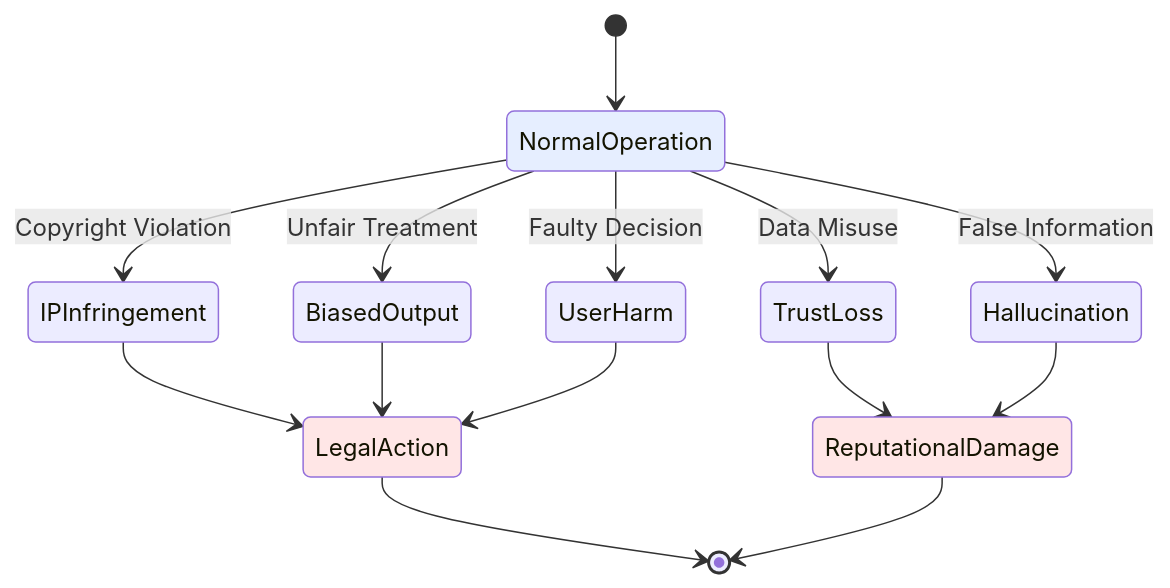
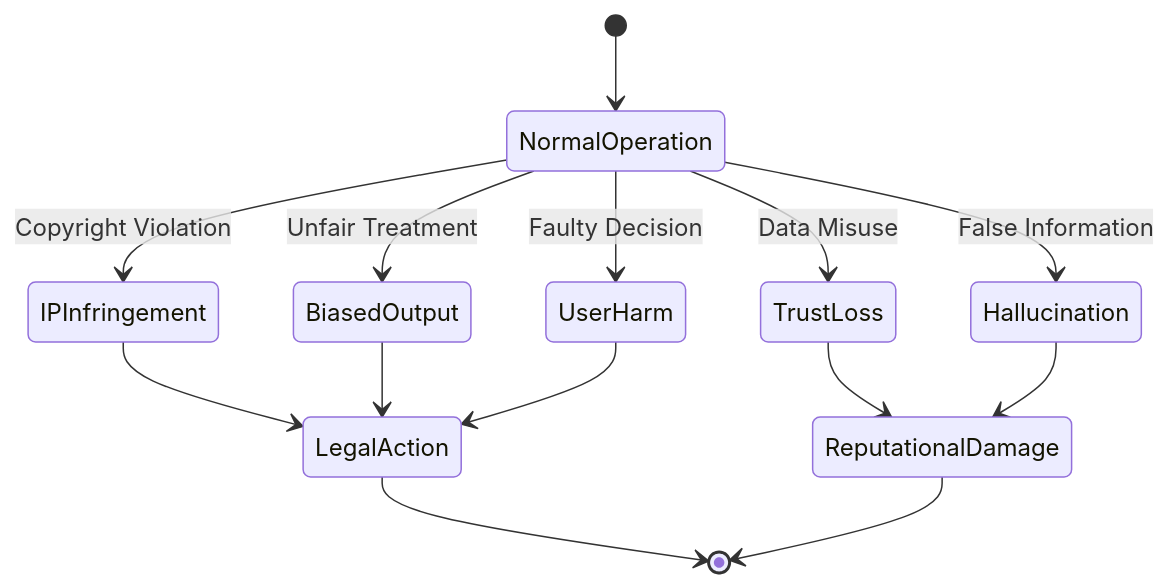
The fourth of 6 diagrams in english/40_10_Responsible_AI_Systems.md (CloudCityPress/aws-aif-c01), drawn with Mermaid before and after one commit. The commit also changed other lines of this file and 16 other files, not shown here.

Commit message:
updating Mermaids

````diff
--- a/english/40_10_Responsible_AI_Systems.md
+++ b/english/40_10_Responsible_AI_Systems.md
@@ -154,19 +145,16 @@
 ```mermaid
 stateDiagram-v2
     [*] --> NormalOperation
     NormalOperation --> IPInfringement: Copyright Violation
     NormalOperation --> BiasedOutput: Unfair Treatment
     NormalOperation --> TrustLoss: Data Misuse
     NormalOperation --> UserHarm: Faulty Decision
     NormalOperation --> Hallucination: False Information
     IPInfringement --> LegalAction
     BiasedOutput --> LegalAction
     TrustLoss --> ReputationalDamage
     UserHarm --> LegalAction
     Hallucination --> ReputationalDamage
     LegalAction --> [*]
     ReputationalDamage --> [*]
-    style NormalOperation fill:#e6eeff
-    style LegalAction fill:#ffe6e6
-    style ReputationalDamage fill:#ffe6e6
 ```
````
